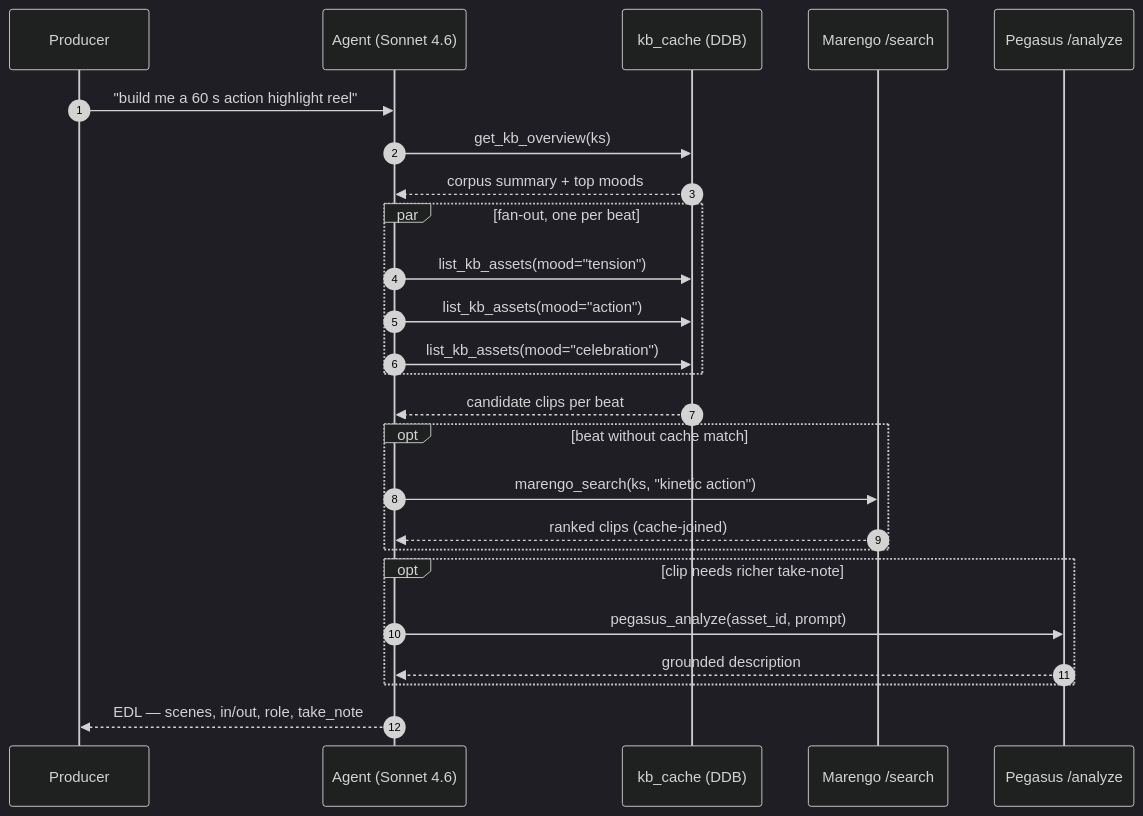
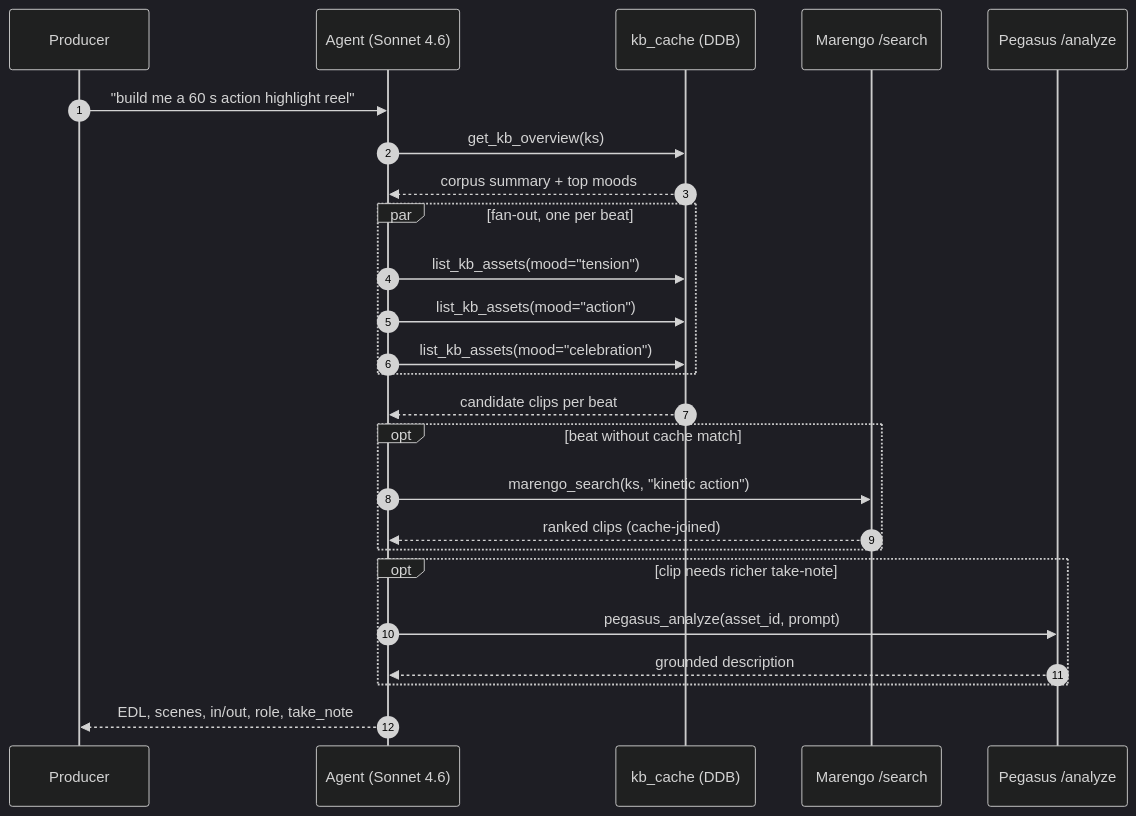
One commit to twelvelabs-io/tl-agentcore changed the second of 3 diagrams in docs/whitepaper.md. Above: the diagram before and after it, drawn with Mermaid (dark theme). The commit also changed other lines of this file, not shown here.

````diff
--- a/docs/whitepaper.md
+++ b/docs/whitepaper.md
@@ -100,28 +100,28 @@
 ```mermaid
 sequenceDiagram
     autonumber
     participant U as Producer
     participant A as Agent (Sonnet 4.6)
     participant C as kb_cache (DDB)
     participant M as Marengo /search
     participant P as Pegasus /analyze
 
     U->>A: "build me a 60 s action highlight reel"
     A->>C: get_kb_overview(ks)
     C-->>A: corpus summary + top moods
     par fan-out, one per beat
         A->>C: list_kb_assets(mood="tension")
         A->>C: list_kb_assets(mood="action")
         A->>C: list_kb_assets(mood="celebration")
     end
     C-->>A: candidate clips per beat
     opt beat without cache match
         A->>M: marengo_search(ks, "kinetic action")
         M-->>A: ranked clips (cache-joined)
     end
     opt clip needs richer take-note
         A->>P: pegasus_analyze(asset_id, prompt)
         P-->>A: grounded description
     end
-    A-->>U: EDL — scenes, in/out, role, take_note
+    A-->>U: EDL, scenes, in/out, role, take_note
 ```
````
